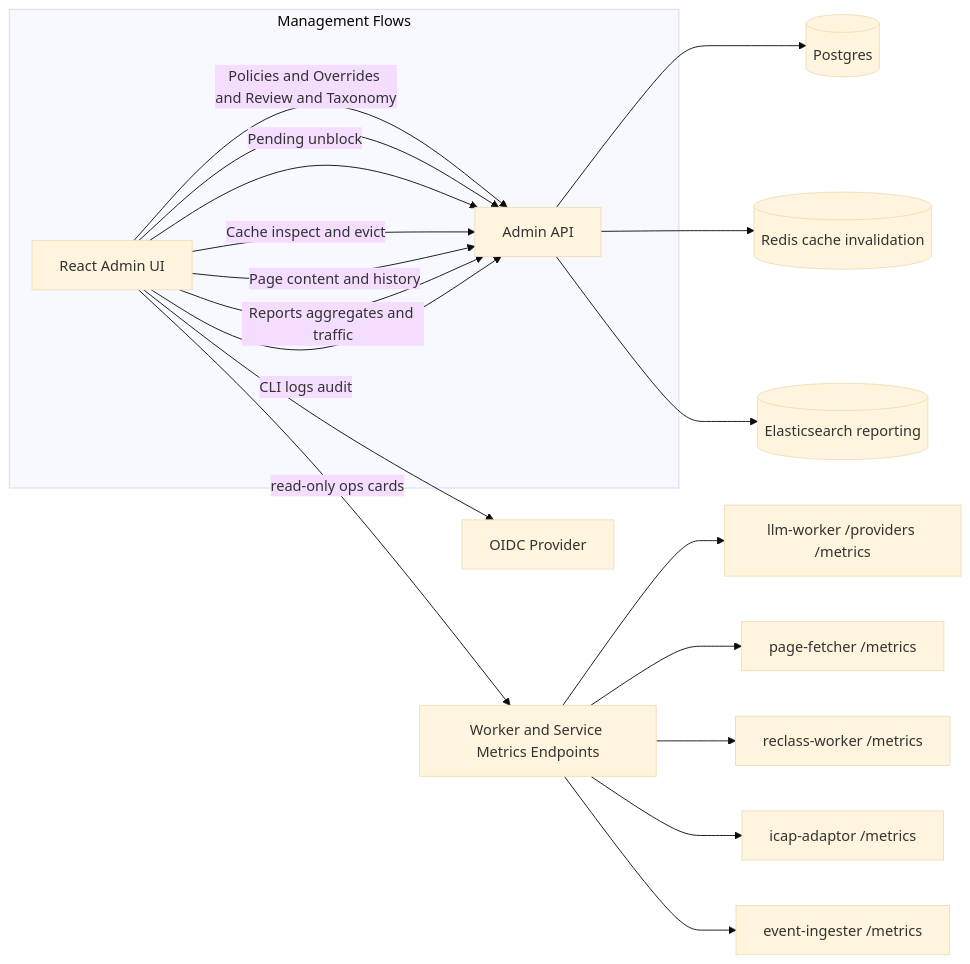
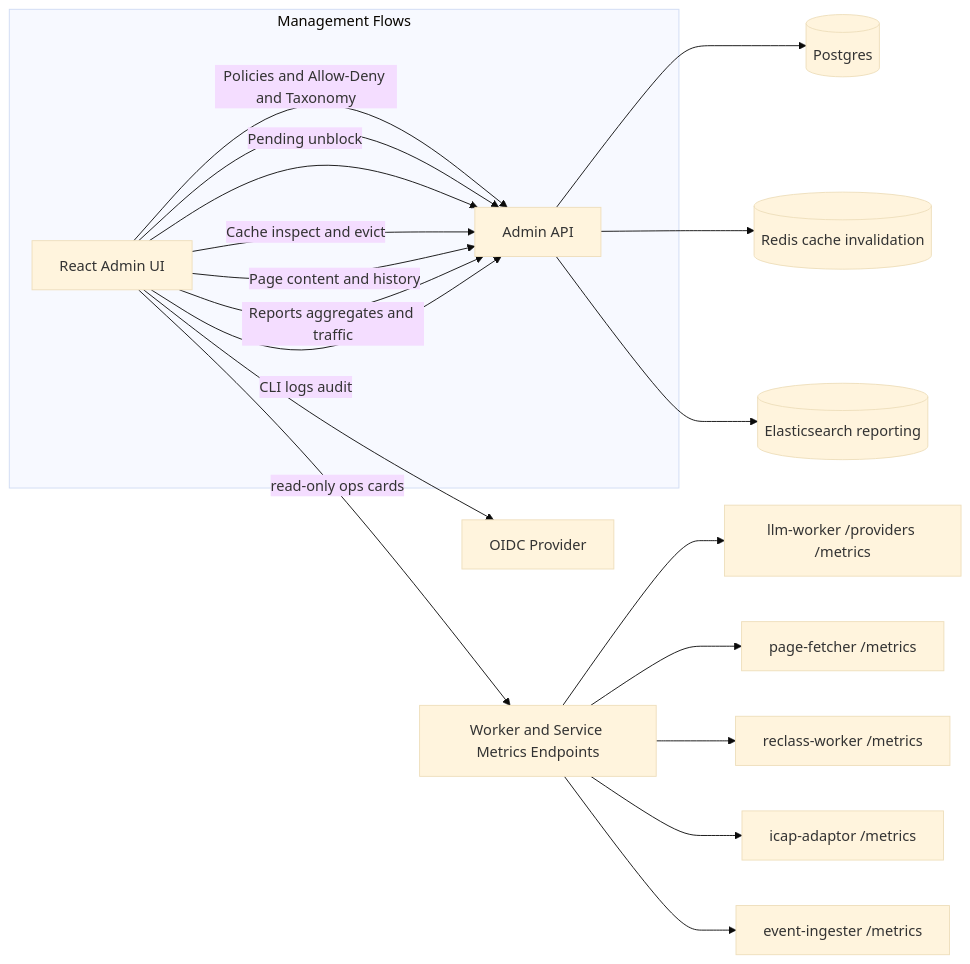
The diagram in rfc/stage-10-frontend-management-parity.md (trex-fze/open-defender-icap), drawn with Mermaid (base theme) before and after one commit. The commit also changed other lines of this file and 14 other files, not shown here.

First line of the commit message:
docs(rfc): align specs with domain allow-deny model

````diff
--- a/rfc/stage-10-frontend-management-parity.md
+++ b/rfc/stage-10-frontend-management-parity.md
@@ -77,25 +75,25 @@
 ```mermaid
 flowchart LR
   UI[React Admin UI] --> BFF[Admin API]
   UI --> AUTH[OIDC Provider]
 
   BFF --> PG[(Postgres)]
   BFF --> REDIS[(Redis cache invalidation)]
   BFF --> ES[(Elasticsearch reporting)]
 
   UI -->|read-only ops cards| METRICS[Worker and Service Metrics Endpoints]
   METRICS --> LLM[llm-worker /providers /metrics]
   METRICS --> PF[page-fetcher /metrics]
   METRICS --> RCW[reclass-worker /metrics]
   METRICS --> ICAP[icap-adaptor /metrics]
   METRICS --> ING[event-ingester /metrics]
 
   subgraph Management Flows
-    UI -->|Policies and Overrides and Review and Taxonomy| BFF
+    UI -->|Policies and Allow-Deny and Taxonomy| BFF
     UI -->|Pending unblock| BFF
     UI -->|Cache inspect and evict| BFF
     UI -->|Page content and history| BFF
     UI -->|Reports aggregates and traffic| BFF
     UI -->|CLI logs audit| BFF
   end
 ```
````
